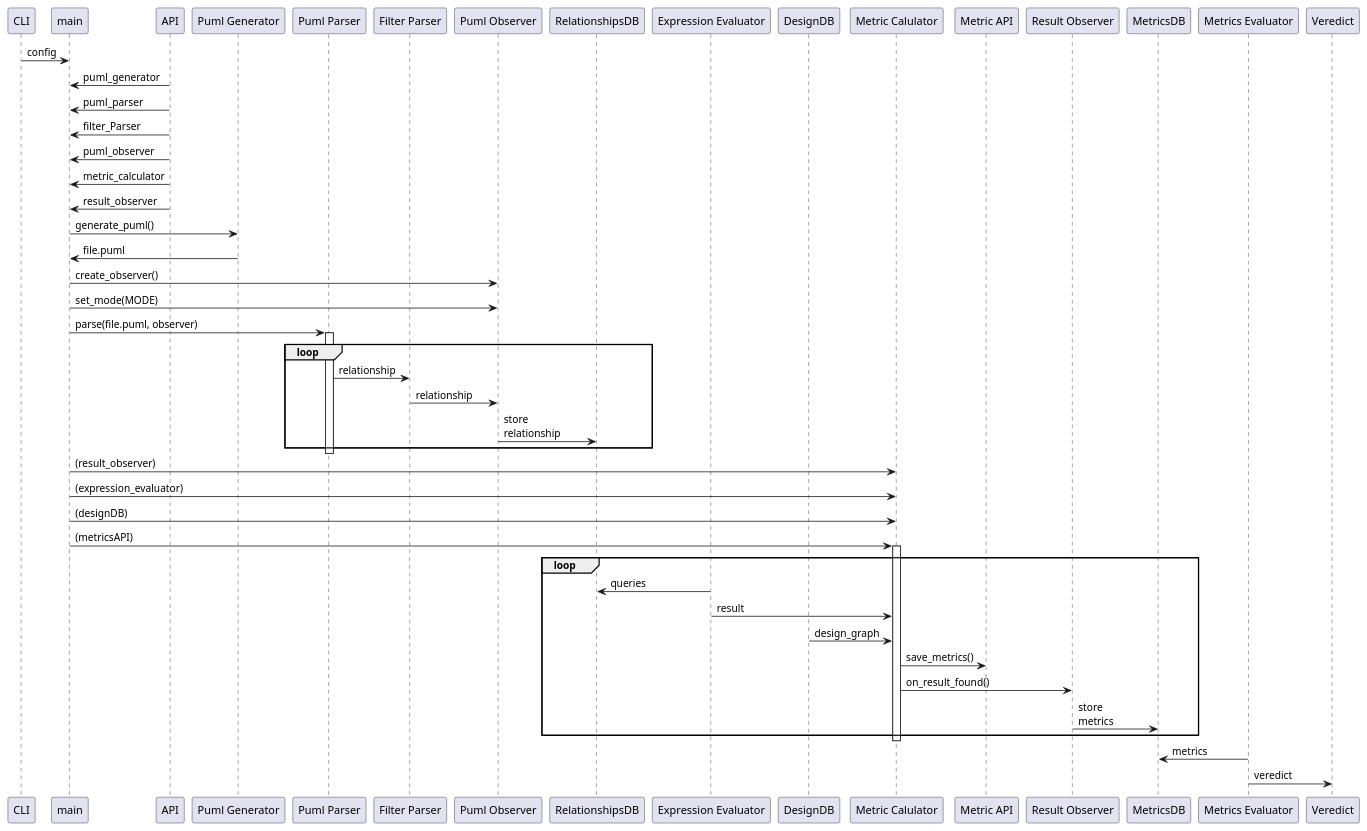
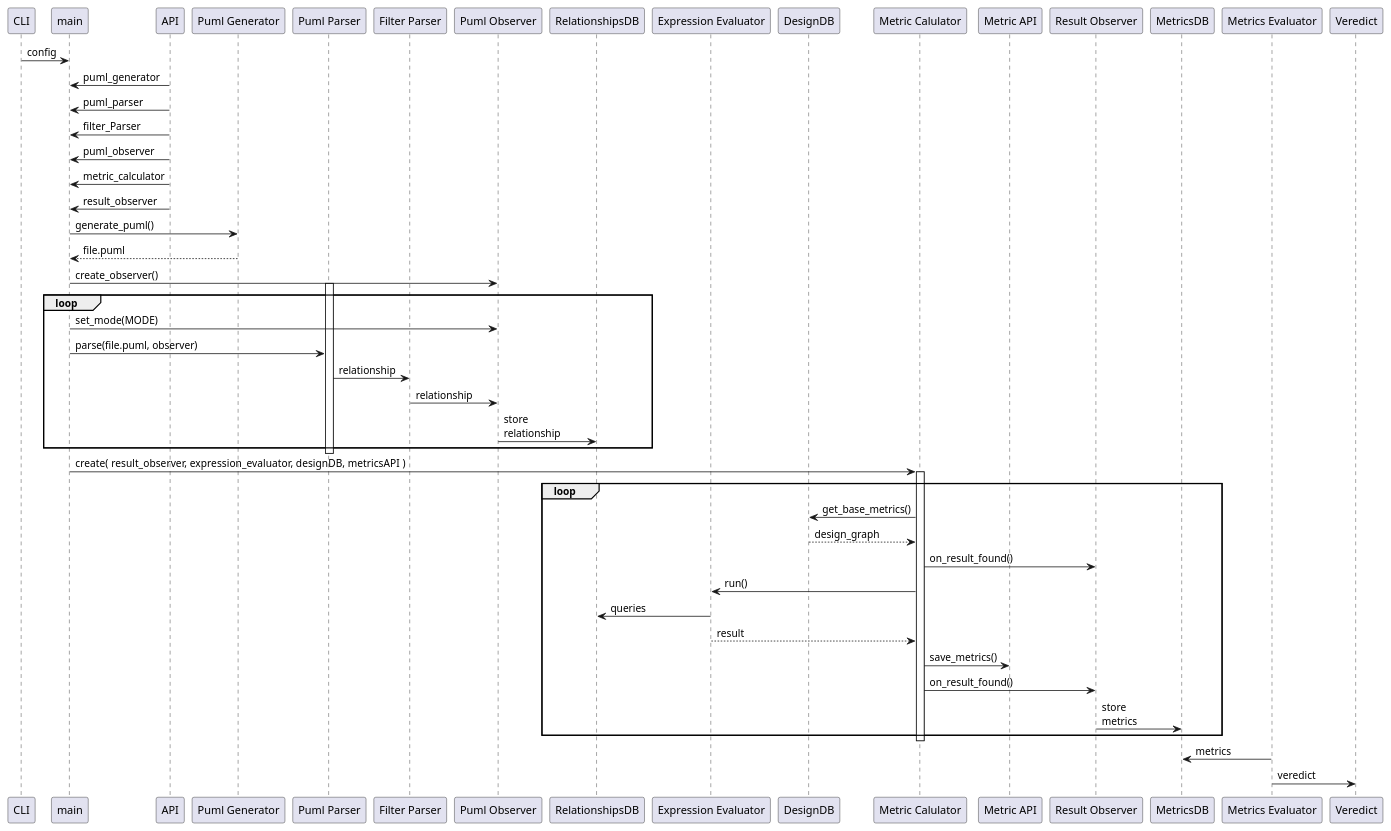
One commit to GonzaloGarciaZurlo/CodeDesignDeltaEvaluator changed the diagram in Design/SequenceDiagranRelationship.plantuml. Above: the diagram before and after it, drawn with PlantUML. The commit also changed 3 other files, not shown here.

Commit message:
design correction in UML files

```diff
--- a/Design/SequenceDiagranRelationship.plantuml
+++ b/Design/SequenceDiagranRelationship.plantuml
@@ -1,74 +1,72 @@
 @startuml
 participant CLI
 participant main
 participant "API" as API
 participant "Puml Generator" as PumlGenerator
 participant "Puml Parser" as PumlParser
 participant "Filter Parser" as FilterParser
 participant "Puml Observer" as PumlObserver
 participant "RelationshipsDB" as relationshipsDB
 participant "Expression Evaluator" as ExpressionEvaluator
 participant "DesignDB" as designDB
 participant "Metric Calulator" as MetricCalculator
 participant "Metric API" as MetricAPI
 participant "Result Observer" as ResultObserver
 participant "MetricsDB" as metricsDB
 participant "Metrics Evaluator" as MetricsEvaluator
 participant "Veredict" as Veredict
 
 CLI -> main: config
 
 API -> main: puml_generator
 
 API -> main: puml_parser
 
 API -> main: filter_Parser
 
 API -> main: puml_observer
 
 API -> main: metric_calculator
 
 API -> main: result_observer
 
 main -> PumlGenerator: generate_puml()
 
-PumlGenerator -> main: file.puml
+PumlGenerator --> main: file.puml
 
 main -> PumlObserver: create_observer()
-
-main -> PumlObserver: set_mode(MODE)
-
-main -> PumlParser: parse(file.puml, observer)
 
 activate PumlParser
 
 loop
+    main -> PumlObserver: set_mode(MODE)
+    main -> PumlParser: parse(file.puml, observer)
     PumlParser -> FilterParser: relationship
     FilterParser -> PumlObserver: relationship
     PumlObserver -> relationshipsDB: store\nrelationship
 end
 deactivate PumlParser
 
-main -> MetricCalculator:(result_observer)
-main -> MetricCalculator:(expression_evaluator)
-main -> MetricCalculator:(designDB)
-main -> MetricCalculator:(metricsAPI) 
+main -> MetricCalculator: create( result_observer, expression_evaluator, designDB, metricsAPI ) 
 
 activate MetricCalculator
 
 loop
+    MetricCalculator -> designDB: get_base_metrics()
+    designDB --> MetricCalculator: design_graph
+    MetricCalculator -> ResultObserver: on_result_found()
+    MetricCalculator -> ExpressionEvaluator: run()
     ExpressionEvaluator -> relationshipsDB: queries
-    ExpressionEvaluator -> MetricCalculator: result
-    designDB -> MetricCalculator: design_graph
+    ExpressionEvaluator --> MetricCalculator: result
     MetricCalculator -> MetricAPI: save_metrics()
     MetricCalculator -> ResultObserver: on_result_found()
     ResultObserver -> metricsDB: store\nmetrics
 end
 deactivate MetricCalculator
 
 
 
 MetricsEvaluator -> metricsDB: metrics
 MetricsEvaluator -> Veredict: veredict
 
 @enduml
```
